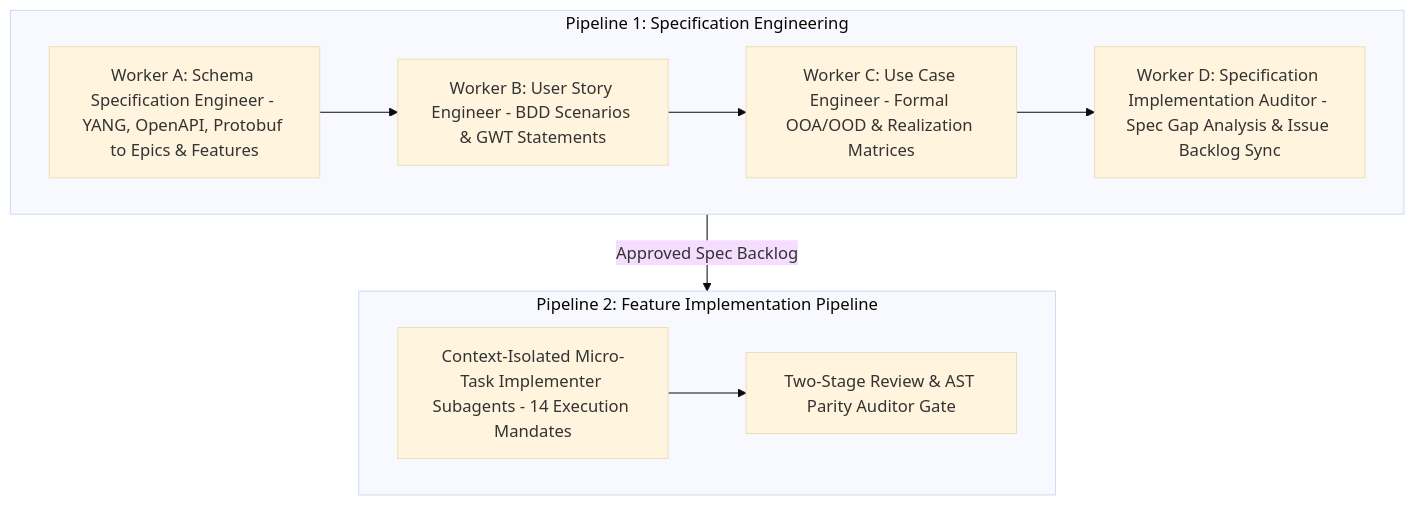
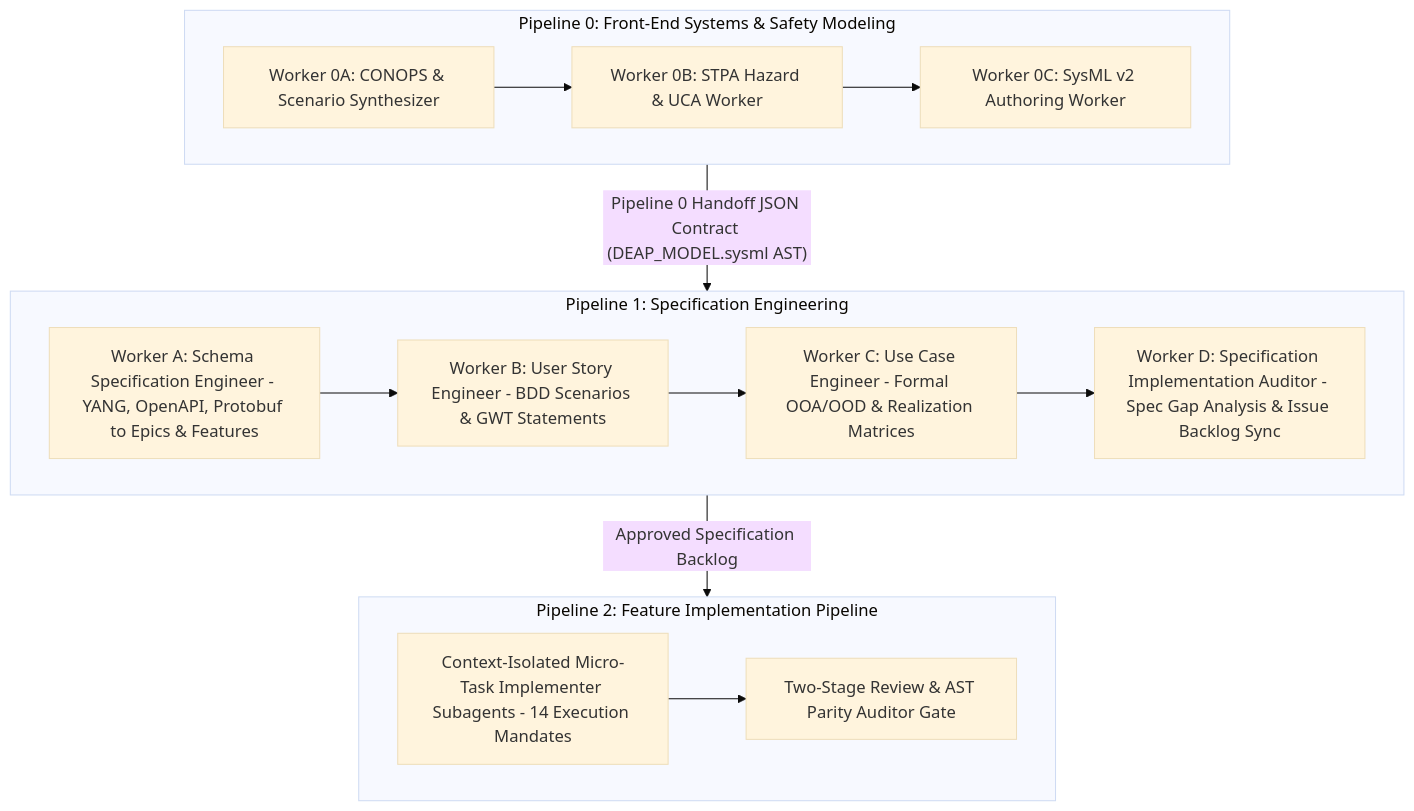
The first of 2 diagrams in docs/architecture/core/DEAP_MASTER_ARCHITECTURE.md (gintatkinson/DEAP-avionic-flight-safety), drawn with Mermaid (base theme) before and after one commit. The commit also changed other lines of this file and 3 other files, not shown here.

Commit message:
feat(blueprint): synchronize Pipeline 0 Solution Blueprint DEAP-BLUEPRINT-PIPELINE-001 and Triple-Pipeline Master Architecture across polyrepos

````diff
--- a/docs/architecture/core/DEAP_MASTER_ARCHITECTURE.md
+++ b/docs/architecture/core/DEAP_MASTER_ARCHITECTURE.md
@@ -20,18 +20,26 @@
 ```mermaid
 flowchart TD
+    subgraph Pipeline_0 ["Pipeline 0: Front-End Systems & Safety Modeling"]
+        Worker_0A["Worker 0A: CONOPS & Scenario Synthesizer"]
+        Worker_0B["Worker 0B: STPA Hazard & UCA Worker"]
+        Worker_0C["Worker 0C: SysML v2 Authoring Worker"]
+        Worker_0A --> Worker_0B --> Worker_0C
+    end
+
     subgraph Pipeline_1 ["Pipeline 1: Specification Engineering"]
         Worker_A["Worker A: Schema Specification Engineer - YANG, OpenAPI, Protobuf to Epics & Features"]
         Worker_B["Worker B: User Story Engineer - BDD Scenarios & GWT Statements"]
         Worker_C["Worker C: Use Case Engineer - Formal OOA/OOD & Realization Matrices"]
         Worker_D["Worker D: Specification Implementation Auditor - Spec Gap Analysis & Issue Backlog Sync"]
         Worker_A --> Worker_B --> Worker_C --> Worker_D
     end
 
     subgraph Pipeline_2 ["Pipeline 2: Feature Implementation Pipeline"]
         Sub_Implementer["Context-Isolated Micro-Task Implementer Subagents - 14 Execution Mandates"]
         Review_Gate["Two-Stage Review & AST Parity Auditor Gate"]
         Sub_Implementer --> Review_Gate
     end
 
-    Pipeline_1 -->|Approved Spec Backlog| Pipeline_2
+    Pipeline_0 -->|"Pipeline 0 Handoff JSON Contract (DEAP_MODEL.sysml AST)"| Pipeline_1
+    Pipeline_1 -->|"Approved Specification Backlog"| Pipeline_2
 ```
````
